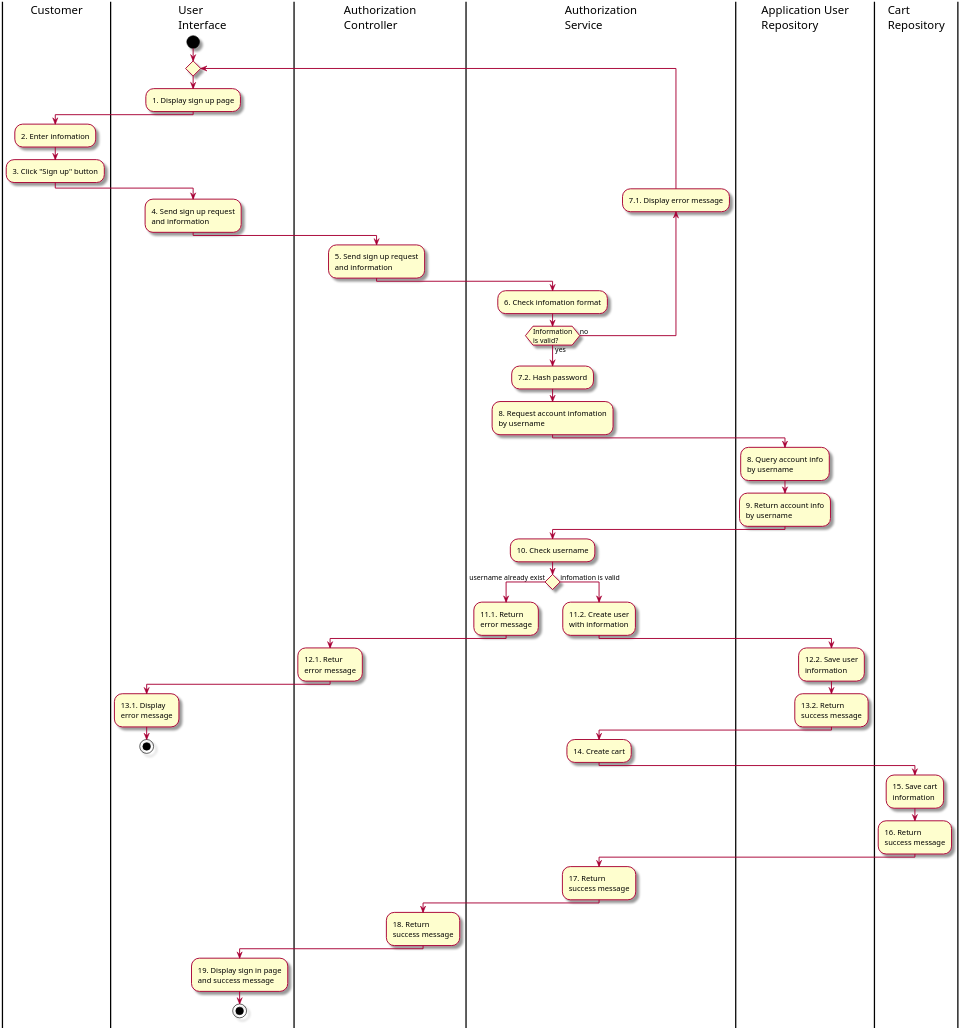
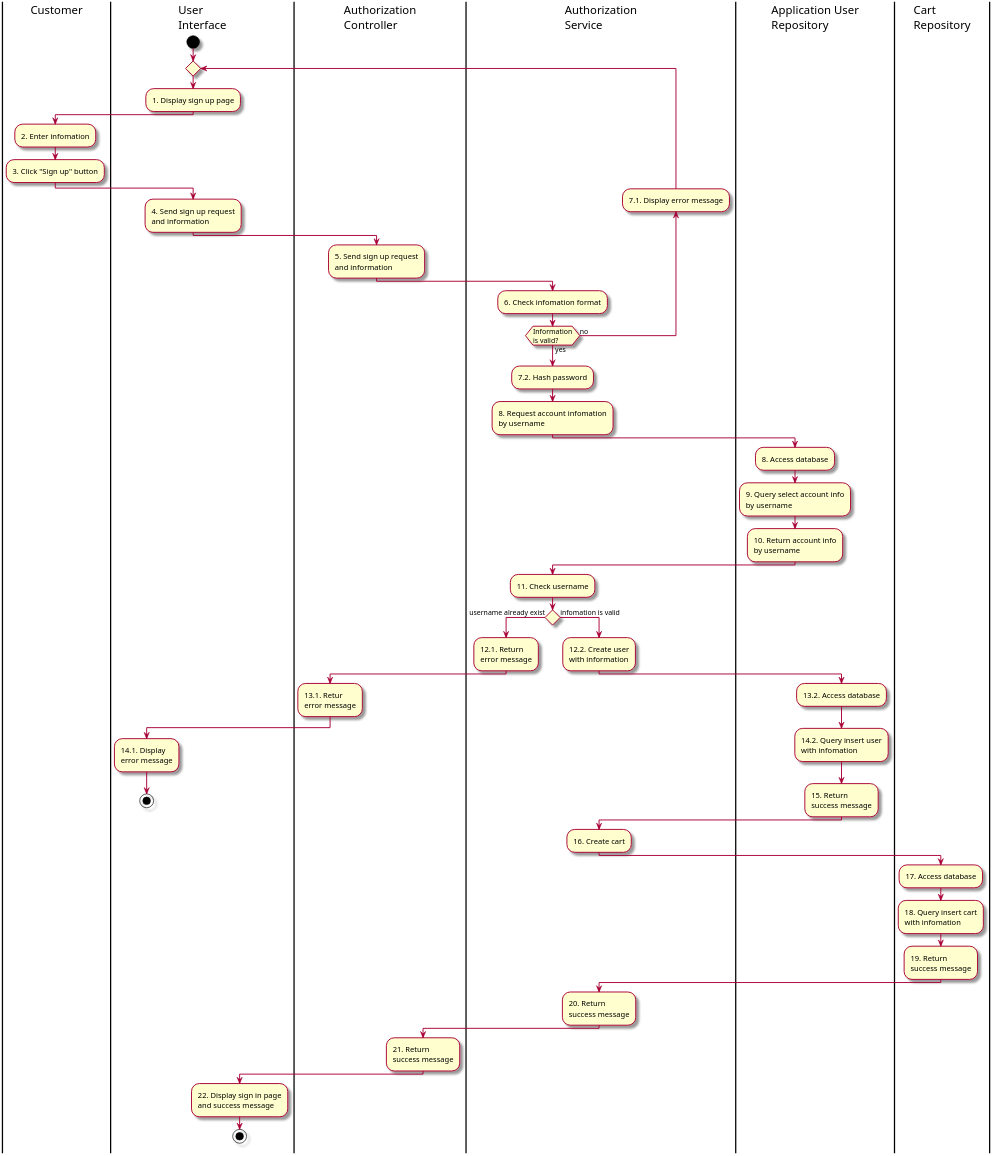
The diagram in Activity/9. ActSignUp.puml (Marowota/ecommerce-plantuml), drawn with PlantUML before and after one commit. The commit also changed 4 other files, not shown here.

```diff
--- a/Activity/9. ActSignUp.puml
+++ b/Activity/9. ActSignUp.puml
@@ -1,59 +1,62 @@
 @startuml ActSignUp
 
 skin rose
 scale 3
 
 |Customer|
 |User\nInterface|
 |Authorization\nController|
 |Authorization\nService|
 |Application User\nRepository|
 |Cart\nRepository|
 |User\nInterface|
 start
 repeat
 :1. Display sign up page;
 |Customer|
 :2. Enter infomation;
 :3. Click "Sign up" button;
 |User\nInterface|
 :4. Send sign up request\nand information;
 |Authorization\nController|
 :5. Send sign up request\nand information;
 |Authorization\nService|
 :6. Check infomation format;
 backward :7.1. Display error message;
 repeat while (Information\nis valid?) is(no) not(yes)
 :7.2. Hash password;
 :8. Request account infomation\nby username;
 |Application User\nRepository|
-:8. Query account info\nby username;
-:9. Return account info\nby username;
+:8. Access database;
+:9. Query select account info\nby username;
+:10. Return account info\nby username;
 |Authorization\nService|
-:10. Check username;
+:11. Check username;
 if () then (username already exist)
-    :11.1. Return\nerror message;
+    :12.1. Return\nerror message;
     |Authorization\nController|
-    :12.1. Retur\nerror message;
+    :13.1. Retur\nerror message;
     |User\nInterface|
-    :13.1. Display\nerror message;
+    :14.1. Display\nerror message;
     stop
 else(infomation is valid)
     |Authorization\nService|
-    :11.2. Create user\nwith information;
+    :12.2. Create user\nwith information;
     |Application User\nRepository|
-    :12.2. Save user\ninformation;
-    :13.2. Return\nsuccess message;
+    :13.2. Access database;
+    :14.2. Query insert user\nwith infomation;
+    :15. Return\nsuccess message;
     |Authorization\nService|
-    :14. Create cart;
+    :16. Create cart;
     |Cart\nRepository|
-    :15. Save cart\ninformation;
-    :16. Return\nsuccess message;
+    :17. Access database;
+    :18. Query insert cart\nwith infomation;
+    :19. Return\nsuccess message;
     |Authorization\nService|
-    :17. Return\nsuccess message;
+    :20. Return\nsuccess message;
     |Authorization\nController|
-    :18. Return\nsuccess message;
+    :21. Return\nsuccess message;
     |User\nInterface|
-    :19. Display sign in page\nand success message;
+    :22. Display sign in page\nand success message;
     stop
 @enduml
```
